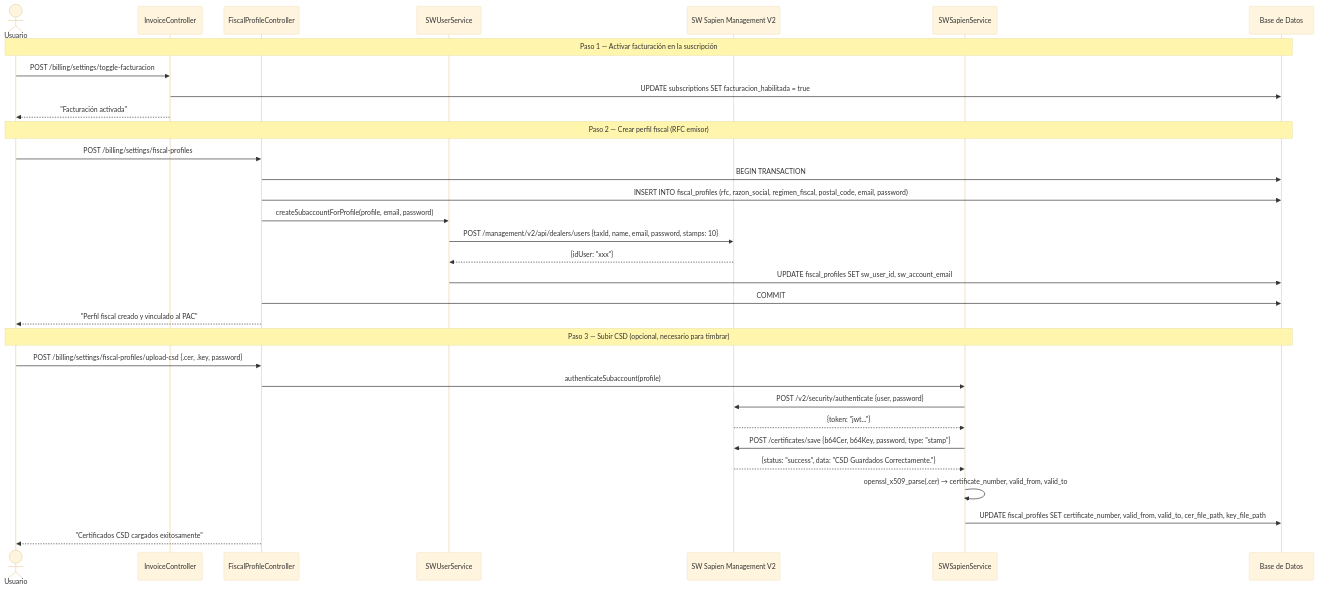
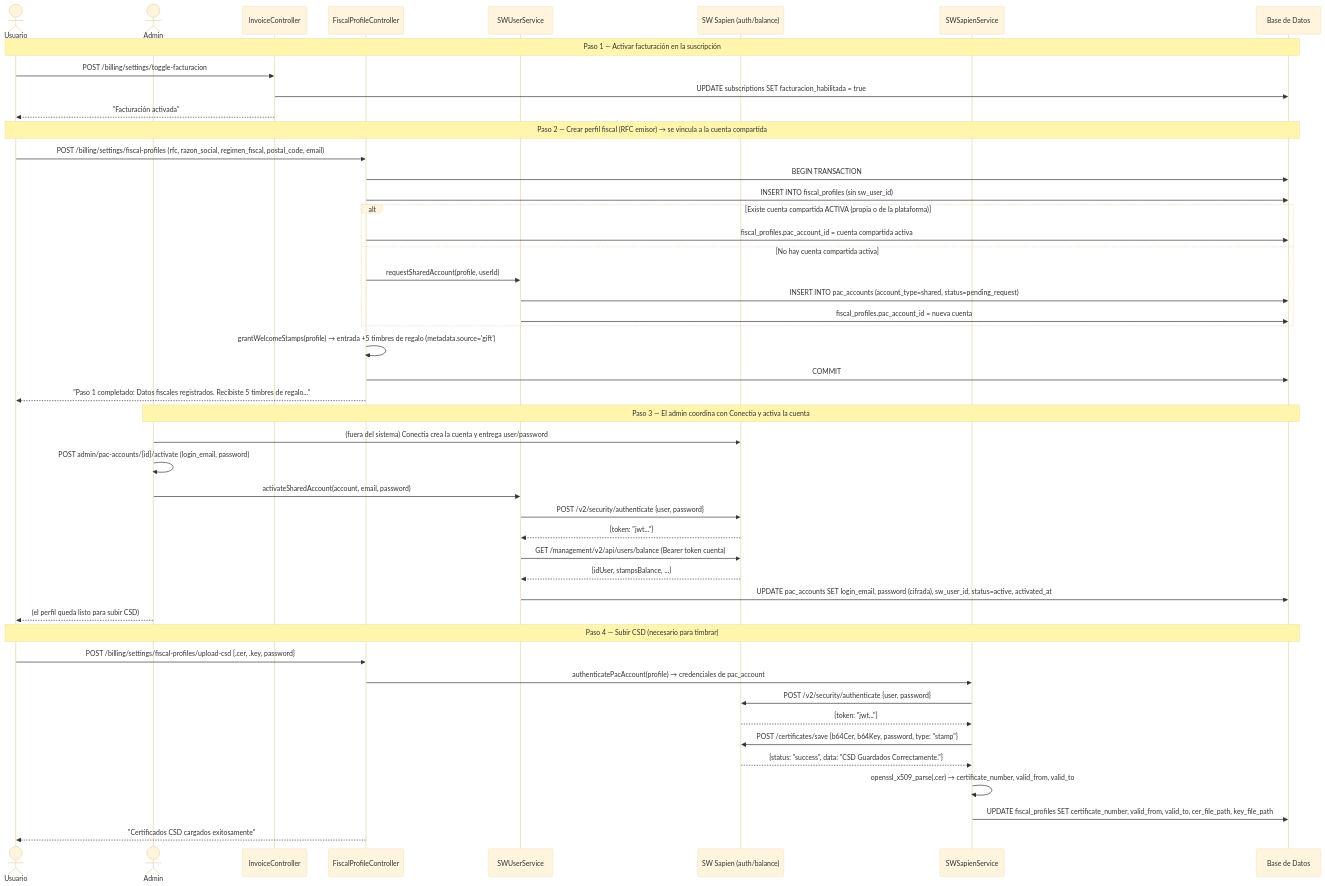
Before and after one commit to MiguelVazquezR/Ezyventas2: the second of 4 diagrams in docs/MODULO_FACTURACION.md, drawn with Mermaid (base theme). The commit also changed other lines of this file and 106 other files, not shown here.

````diff
--- a/docs/MODULO_FACTURACION.md
+++ b/docs/MODULO_FACTURACION.md
@@ -334,37 +458,53 @@
 ```mermaid
 sequenceDiagram
     actor Usuario
+    actor Admin
     participant Controller as InvoiceController
     participant ProfileCtrl as FiscalProfileController
     participant SWUser as SWUserService
-    participant PAC as SW Sapien Management V2
+    participant PAC as SW Sapien (auth/balance)
     participant SWSapien as SWSapienService
     participant DB as Base de Datos
 
     Note over Usuario,DB: Paso 1 — Activar facturación en la suscripción
     Usuario->>Controller: POST /billing/settings/toggle-facturacion
     Controller->>DB: UPDATE subscriptions SET facturacion_habilitada = true
     Controller-->>Usuario: "Facturación activada"
 
-    Note over Usuario,DB: Paso 2 — Crear perfil fiscal (RFC emisor)
-    Usuario->>ProfileCtrl: POST /billing/settings/fiscal-profiles
+    Note over Usuario,DB: Paso 2 — Crear perfil fiscal (RFC emisor) → se vincula a la cuenta compartida
+    Usuario->>ProfileCtrl: POST /billing/settings/fiscal-profiles (rfc, razon_social, regimen_fiscal, postal_code, email)
     ProfileCtrl->>DB: BEGIN TRANSACTION
-    ProfileCtrl->>DB: INSERT INTO fiscal_profiles (rfc, razon_social, regimen_fiscal, postal_code, email, password)
-    ProfileCtrl->>SWUser: createSubaccountForProfile(profile, email, password)
-    SWUser->>PAC: POST /management/v2/api/dealers/users {taxId, name, email, password, stamps: 10}
-    PAC-->>SWUser: {idUser: "xxx"}
-    SWUser->>DB: UPDATE fiscal_profiles SET sw_user_id, sw_account_email
+    ProfileCtrl->>DB: INSERT INTO fiscal_profiles (sin sw_user_id)
+    alt Existe cuenta compartida ACTIVA (propia o de la plataforma)
+        ProfileCtrl->>DB: fiscal_profiles.pac_account_id = cuenta compartida activa
+    else No hay cuenta compartida activa
+        ProfileCtrl->>SWUser: requestSharedAccount(profile, userId)
+        SWUser->>DB: INSERT INTO pac_accounts (account_type=shared, status=pending_request)
+        SWUser->>DB: fiscal_profiles.pac_account_id = nueva cuenta
+    end
+    ProfileCtrl->>ProfileCtrl: grantWelcomeStamps(profile) → entrada +5 timbres de regalo (metadata.source='gift')
     ProfileCtrl->>DB: COMMIT
-    ProfileCtrl-->>Usuario: "Perfil fiscal creado y vinculado al PAC"
+    ProfileCtrl-->>Usuario: "Paso 1 completado: Datos fiscales registrados. Recibiste 5 timbres de regalo..."
 
-    Note over Usuario,DB: Paso 3 — Subir CSD (opcional, necesario para timbrar)
+    Note over Admin,DB: Paso 3 — El admin coordina con Conectia y activa la cuenta
+    Admin->>PAC: (fuera del sistema) Conectia crea la cuenta y entrega user/password
+    Admin->>Admin: POST admin/pac-accounts/{id}/activate (login_email, password)
+    Admin->>SWUser: activateSharedAccount(account, email, password)
+    SWUser->>PAC: POST /v2/security/authenticate {user, password}
+    PAC-->>SWUser: {token: "jwt..."}
+    SWUser->>PAC: GET /management/v2/api/users/balance (Bearer token cuenta)
+    PAC-->>SWUser: {idUser, stampsBalance, ...}
+    SWUser->>DB: UPDATE pac_accounts SET login_email, password (cifrada), sw_user_id, status=active, activated_at
+    Admin-->>Usuario: (el perfil queda listo para subir CSD)
+
+    Note over Usuario,DB: Paso 4 — Subir CSD (necesario para timbrar)
     Usuario->>ProfileCtrl: POST /billing/settings/fiscal-profiles/upload-csd {.cer, .key, password}
-    ProfileCtrl->>SWSapien: authenticateSubaccount(profile)
+    ProfileCtrl->>SWSapien: authenticatePacAccount(profile) → credenciales de pac_account
     SWSapien->>PAC: POST /v2/security/authenticate {user, password}
     PAC-->>SWSapien: {token: "jwt..."}
     SWSapien->>PAC: POST /certificates/save {b64Cer, b64Key, password, type: "stamp"}
     PAC-->>SWSapien: {status: "success", data: "CSD Guardados Correctamente."}
     SWSapien->>SWSapien: openssl_x509_parse(.cer) → certificate_number, valid_from, valid_to
     SWSapien->>DB: UPDATE fiscal_profiles SET certificate_number, valid_from, valid_to, cer_file_path, key_file_path
     ProfileCtrl-->>Usuario: "Certificados CSD cargados exitosamente"
 ```
````
